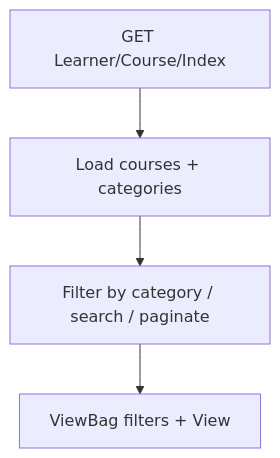
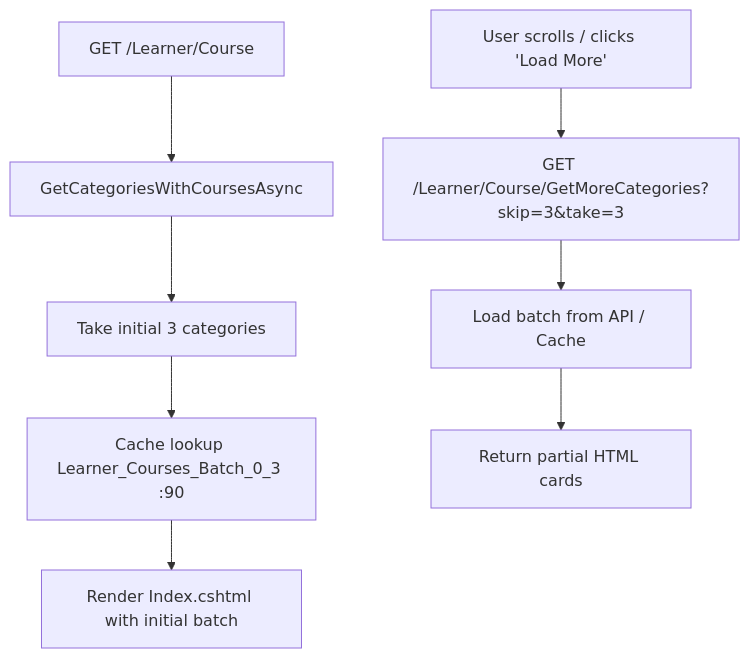
Before and after one commit to MohamedGasser15/Education-Lab: the first of 2 diagrams in Documentation/Modules/MVC/Learner/CourseController.md, drawn with Mermaid. The commit also changed other lines of this file and 9 other files, not shown here.

````diff
--- a/Documentation/Modules/MVC/Learner/CourseController.md
+++ b/Documentation/Modules/MVC/Learner/CourseController.md
@@ -90,6 +113,10 @@
 ```mermaid
 flowchart TD
-    A[GET Learner/Course/Index] --> B[Load courses + categories]
-    B --> C[Filter by category / search / paginate]
-    C --> D[ViewBag filters + View]
+    A[GET /Learner/Course] --> B[GetCategoriesWithCoursesAsync]
+    B --> C[Take initial 3 categories]
+    C --> D[Cache lookup Learner_Courses_Batch_0_3 :90]
+    D --> E[Render Index.cshtml with initial batch]
+    F[User scrolls / clicks 'Load More'] --> G[GET /Learner/Course/GetMoreCategories?skip=3&take=3]
+    G --> H[Load batch from API / Cache]
+    H --> I[Return partial HTML cards]
 ```
````
